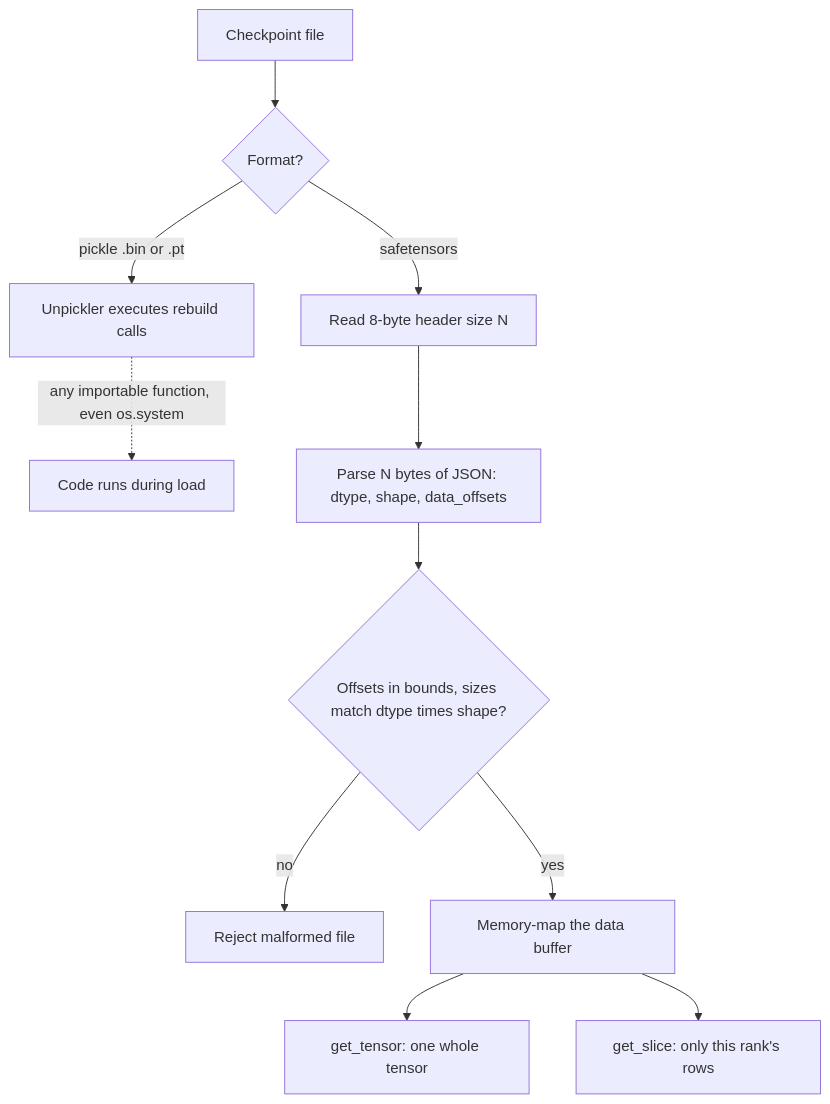
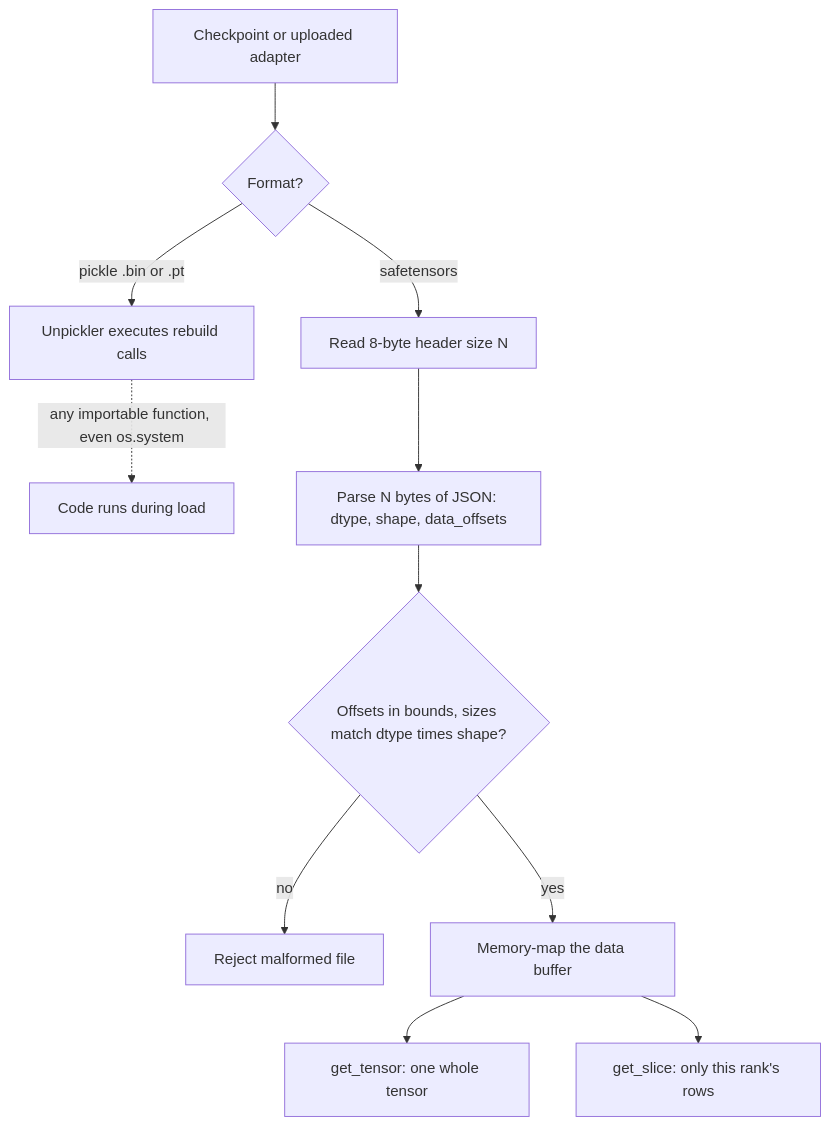
The diagram in content/python-for-ai/safetensors.md (lovishmahajan97/agentic-learning), drawn with Mermaid before and after one commit. The commit also changed other lines of this file and 266 other files, not shown here.

````diff
--- a/content/python-for-ai/safetensors.md
+++ b/content/python-for-ai/safetensors.md
@@ -102,13 +119,13 @@
 ```mermaid
 flowchart TD
-    F["Checkpoint file"] --> K{"Format?"}
+    F["Checkpoint or uploaded adapter"] --> K{"Format?"}
     K -->|"pickle .bin or .pt"| P["Unpickler executes rebuild calls"]
     P -.->|"any importable function, even os.system"| X["Code runs during load"]
     K -->|"safetensors"| H["Read 8-byte header size N"]
     H --> J["Parse N bytes of JSON: dtype, shape, data_offsets"]
     J --> V{"Offsets in bounds, sizes match dtype times shape?"}
     V -->|"no"| R["Reject malformed file"]
     V -->|"yes"| MM["Memory-map the data buffer"]
     MM --> G["get_tensor: one whole tensor"]
     MM --> SL["get_slice: only this rank's rows"]
 ```
````
